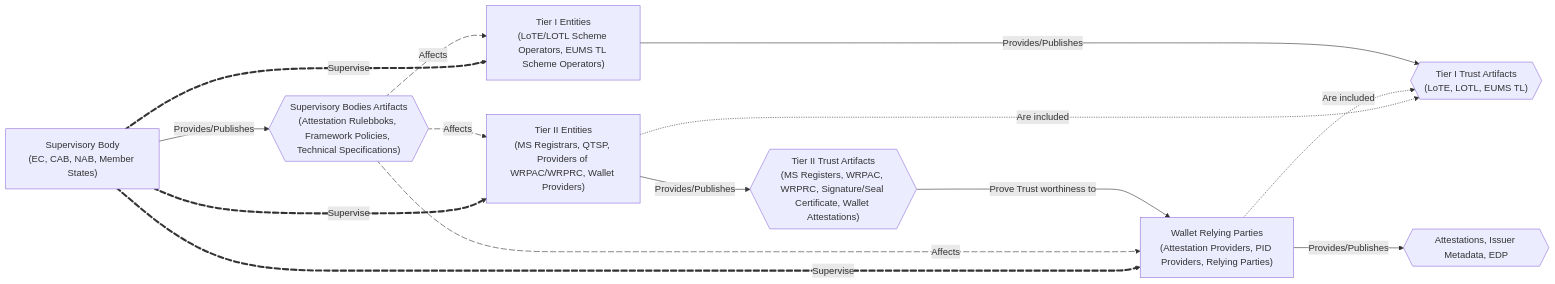
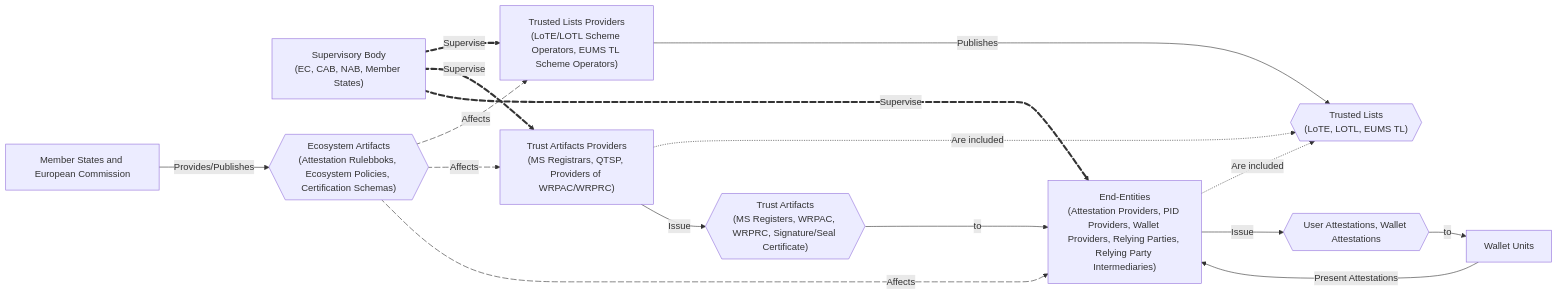
Before and after one commit to APTITUDE-Consortium/wp2-trust-specifications: the first of 4 diagrams in docs/topics/trust-management-process.md, drawn with Mermaid. The commit also changed other lines of this file, not shown here.

````diff
--- a/docs/topics/trust-management-process.md
+++ b/docs/topics/trust-management-process.md
@@ -39,40 +19,48 @@
 ```mermaid
 flowchart LR
     %%Entities and Artifacts
+    ms["Member States and European Commission"]
     sup["Supervisory Body<br>(EC, CAB, NAB, Member States)"]
-    sup_art{{"Supervisory Bodies Artifacts<br>(Attestation Rulebboks, Framework Policies, Technical Specifications)"}}
-    init_ent["Tier I Entities<br>(LoTE/LOTL Scheme Operators, EUMS TL Scheme Operators)"]
-    init_ent_art{{"Tier I Trust Artifacts<br>(LoTE, LOTL, EUMS TL)"}}
-    mid_ent["Tier II Entities<br>(MS Registrars, QTSP, Providers of WRPAC/WRPRC, Wallet Providers)"]
-    mid_ent_art{{"Tier II Trust Artifacts<br>(MS Registers, WRPAC, WRPRC, Signature/Seal Certificate, Wallet Attestations)"}}
-    end_ent["Wallet Relying Parties<br>(Attestation Providers, PID Providers, Relying Parties)"]
-    end_ent_art{{"Attestations, Issuer Metadata, EDP"}}
+    sup_art{{"Ecosystem Artifacts<br>(Attestation Rulebboks, Ecosystem Policies, Certification Schemas)"}}
+    init_ent["Trusted Lists Providers<br>(LoTE/LOTL Scheme Operators, EUMS TL Scheme Operators)"]
+    init_ent_art{{"Trusted Lists<br>(LoTE, LOTL, EUMS TL)"}}
+    mid_ent["Trust Artifacts Providers<br>(MS Registrars, QTSP, Providers of WRPAC/WRPRC)"]
+    mid_ent_art{{"Trust Artifacts<br>(MS Registers, WRPAC, WRPRC, Signature/Seal Certificate)"}}
+    end_ent["End-Entities<br>(Attestation Providers, PID Providers, Wallet Providers, Relying Parties, Relying Party Intermediaries)"]
+    end_ent_art{{"User Attestations, Wallet Attestations"}}
+    %%end_ent_2["End-Entities <br>()"]
 
     %%Modification propagation arrows 
     sup e1@=="Supervise"==> init_ent
     sup e2@=="Supervise"==> mid_ent
     sup e3@=="Supervise"==> end_ent
-    sup --"Provides/Publishes"--> sup_art
+    %%sup e8@=="Supervise"==> end_ent_2
+    ms --"Provides/Publishes"--> sup_art
     sup_art e4@--"Affects"--> init_ent
     sup_art e5@--"Affects"--> mid_ent
     sup_art e6@--"Affects"--> end_ent
+    %%sup_art e7@--"Affects"--> end_ent_2
     mid_ent -."Are included".-> init_ent_art
     end_ent -."Are included".-> init_ent_art
-    mid_ent_art --"Prove Trust worthiness to"----> end_ent
-    init_ent --"Provides/Publishes"--> init_ent_art
+    mid_ent_art --"to"----> end_ent
+    init_ent --"Publishes"--> init_ent_art
     %%init_ent --"Impacts"--> mid_ent
-    mid_ent --"Provides/Publishes"--> mid_ent_art
+    mid_ent --"Issue"--> mid_ent_art
     %%mid_ent --"Impacts"--> end_ent
-    end_ent --"Provides/Publishes"--> end_ent_art
-
+    end_ent --"Issue"--> end_ent_art --"to"--> wi["Wallet Units"]
+    wi["Wallet Units"] --"Present Attestations"--> end_ent
+    
+    
     e1@{ animate: true }
     e2@{ animation: fast }
     e3@{ animation: fast }
+    %%e8@{ animation: fast }
     %%Artifacts inclusion arrows
     %%mid_ent e4@-. Referenced in.-> init_ent_art
     %%end_ent e5@-. Referenced in.-> init_ent_art
     %%end_ent e6@-. Referenced in.-> mid_ent_art
     e4@{ animation: fast }
     e5@{ animation: fast }
     e6@{ animation: fast }
+    %%e7@{ animation: fast }
 ```
````
